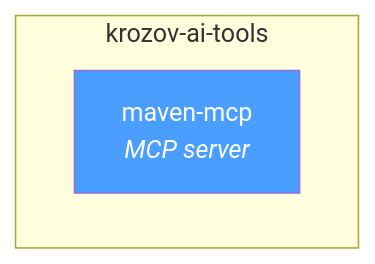
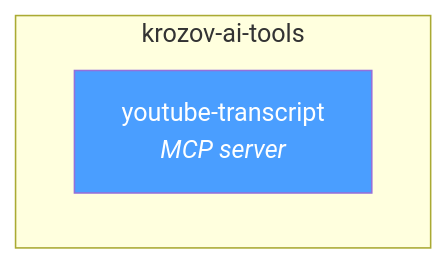
The first of 2 diagrams in docs/PLUGINS-GUIDE.md (kirich1409/krozov-ai-tools), drawn with Mermaid before and after one commit. The commit also changed other lines of this file and 81 other files, not shown here.

First line of the commit message:
Stop shipping maven-mcp from this marketplace (#463)

````diff
--- a/docs/PLUGINS-GUIDE.md
+++ b/docs/PLUGINS-GUIDE.md
@@ -20,8 +22,8 @@
 ```mermaid
 graph TB
     subgraph repo["krozov-ai-tools"]
-        maven["maven-mcp<br/><i>MCP server</i>"]
+        yt["youtube-transcript<br/><i>MCP server</i>"]
     end
 
-    style maven fill:#4a9eff,color:#fff
+    style yt fill:#4a9eff,color:#fff
 ```
````
